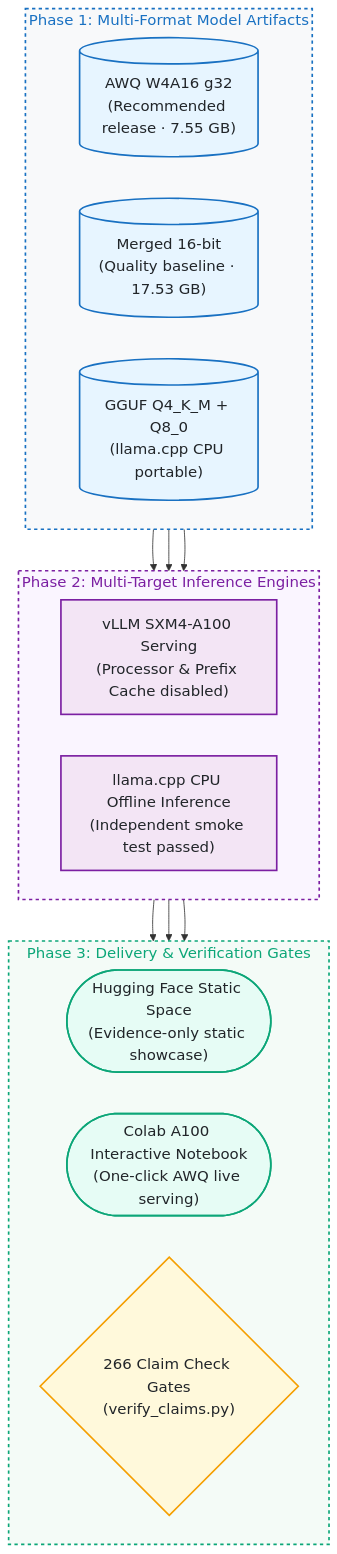
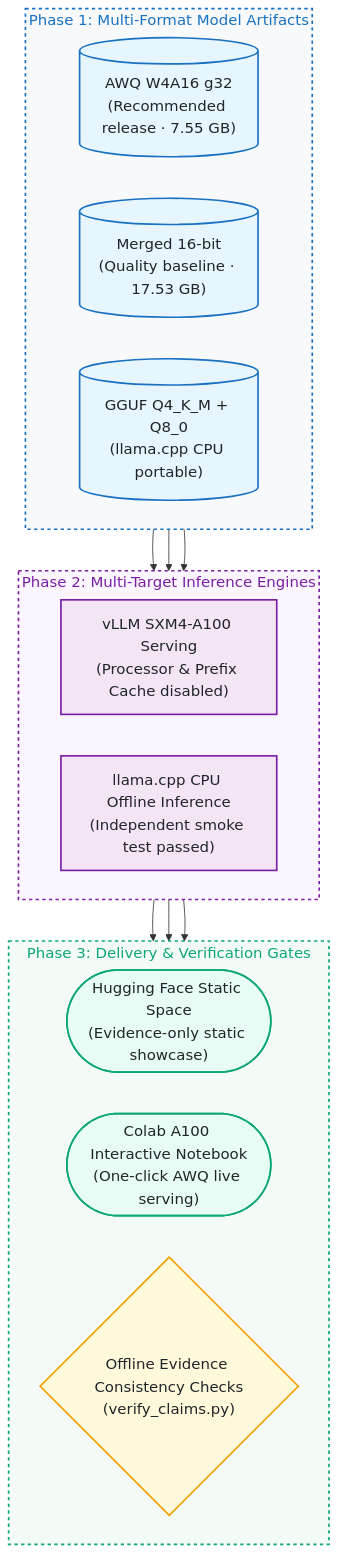
The second of 2 diagrams in README.en.md (kuotunyu/qwen3-vl-chartqa), drawn with Mermaid before and after one commit. The commit also changed other lines of this file and 6 other files, not shown here.

Commit message:
docs: qualify ChartQA evidence and serving tradeoffs (#6)

````diff
--- a/README.en.md
+++ b/README.en.md
@@ -69,43 +69,43 @@
 ```mermaid
 %%{init: {'themeVariables': {'fontSize': '18px'}}}%%
 flowchart TD
     subgraph ArtStage ["Phase 1: Multi-Format Model Artifacts"]
         direction LR
         M1[("AWQ W4A16 g32<br/>(Recommended release · 7.55 GB)")]
         M2[("Merged 16-bit<br/>(Quality baseline · 17.53 GB)")]
         M3[("GGUF Q4_K_M + Q8_0<br/>(llama.cpp CPU portable)")]
     end
 
     subgraph EngineStage ["Phase 2: Multi-Target Inference Engines"]
         direction LR
         vLLMEng["vLLM SXM4-A100 Serving<br/>(Processor & Prefix Cache disabled)"]
         CPUEng["llama.cpp CPU Offline Inference<br/>(Independent smoke test passed)"]
     end
 
     subgraph DeliveryStage ["Phase 3: Delivery & Verification Gates"]
         direction LR
         Space(["Hugging Face Static Space<br/>(Evidence-only static showcase)"])
         Colab(["Colab A100 Interactive Notebook<br/>(One-click AWQ live serving)"])
-        Audit{"266 Claim Check Gates<br/>(verify_claims.py)"}
+        Audit{"Offline Evidence Consistency Checks<br/>(verify_claims.py)"}
     end
 
     M1 & M2 --> vLLMEng
     M3 --> CPUEng
     vLLMEng --> Colab
     CPUEng --> Audit
     vLLMEng --> Space
 
     classDef srcStyle fill:#e7f5ff,stroke:#1971c2,stroke-width:2px,color:#212529
     classDef procStyle fill:#f3e5f5,stroke:#7b1fa2,stroke-width:2px,color:#212529
     classDef condStyle fill:#fff9db,stroke:#f59f00,stroke-width:2px,color:#212529
     classDef evalStyle fill:#e6fcf5,stroke:#0ca678,stroke-width:2px,color:#212529
 
     class M1,M2,M3 srcStyle
     class vLLMEng,CPUEng procStyle
     class Audit condStyle
     class Space,Colab evalStyle
 
     style ArtStage fill:#f8f9fa,stroke:#1971c2,stroke-width:2px,color:#1971c2,stroke-dasharray: 4 4
     style EngineStage fill:#faf5ff,stroke:#7b1fa2,stroke-width:2px,color:#7b1fa2,stroke-dasharray: 4 4
     style DeliveryStage fill:#f4fbf7,stroke:#0ca678,stroke-width:2px,color:#0ca678,stroke-dasharray: 4 4
 ```
````
